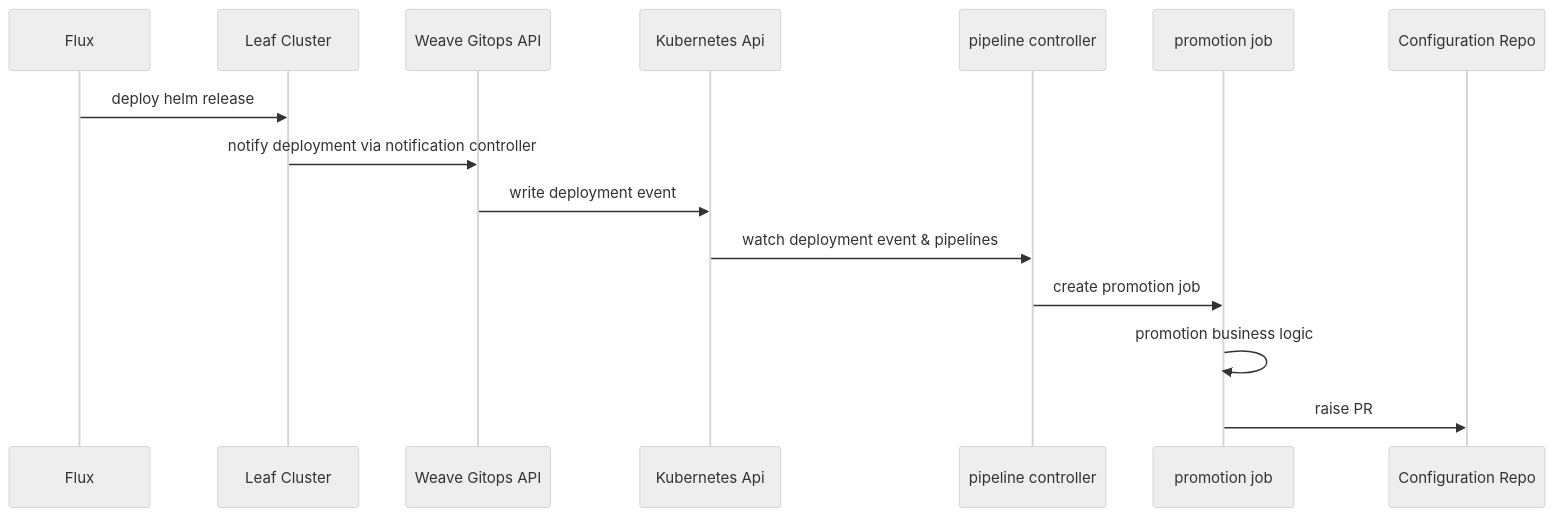
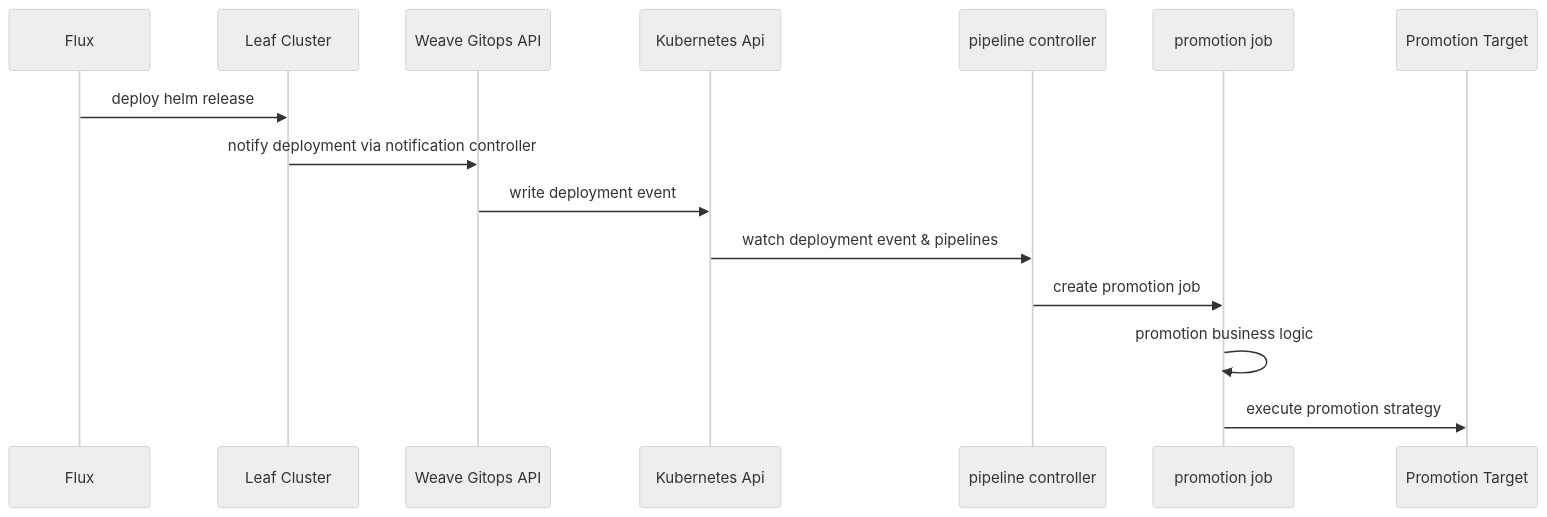
The fourth of 5 diagrams in docs/rfcs/0003-pipelines-promotion/README.md (weaveworks/weave-gitops-private), drawn with Mermaid (neutral theme) before and after one commit. The commit also changed other lines of this file and 1 other file, not shown here.

````diff
--- a/docs/rfcs/0003-pipelines-promotion/README.md
+++ b/docs/rfcs/0003-pipelines-promotion/README.md
@@ -243,17 +248,17 @@
 ```mermaid
    sequenceDiagram
     participant F as Flux
     participant LC as Leaf Cluster
     F->>LC: deploy helm release
     LC->>WGE: notify deployment via notification controller    
     participant WGE as Weave Gitops API
     participant k8s as Kubernetes Api
     WGE->>k8s: write deployment event
     participant pc as pipeline controller
     k8s->>pc: watch deployment event & pipelines
     pc->>pj: create promotion job
     participant pj as promotion job
     pj->>pj: promotion business logic
-    pj->>configRepo: raise PR
-    participant configRepo as Configuration Repo
+    pj->>promotionTarget: execute promotion strategy 
+    participant promotionTarget as Promotion Target
 ```
````
